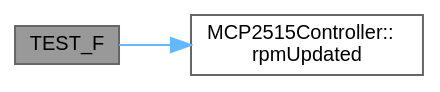
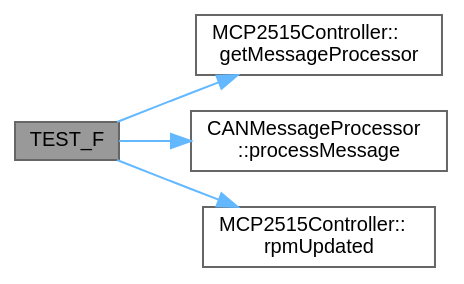
The diagram in docs/test__MCP2515Controller_8cpp_a7379d3bb55019313ec7dd8a03c4802b2_cgraph.dot (SEAME-pt/2024-2025-HotWheels), drawn with Graphviz before and after one commit. The commit also changed 223 other files, not shown here.

```diff
--- a/docs/test__MCP2515Controller_8cpp_a7379d3bb55019313ec7dd8a03c4802b2_cgraph.dot
+++ b/docs/test__MCP2515Controller_8cpp_a7379d3bb55019313ec7dd8a03c4802b2_cgraph.dot
@@ -1,11 +1,15 @@
 digraph "TEST_F"
 {
  // LATEX_PDF_SIZE
   bgcolor="transparent";
   edge [fontname=Helvetica,fontsize=10,labelfontname=Helvetica,labelfontsize=10];
   node [fontname=Helvetica,fontsize=10,shape=box,height=0.2,width=0.4];
   rankdir="LR";
   Node1 [id="Node000001",label="TEST_F",height=0.2,width=0.4,color="gray40", fillcolor="grey60", style="filled", fontcolor="black",tooltip=" "];
   Node1 -> Node2 [id="edge1_Node000001_Node000002",color="steelblue1",style="solid",tooltip=" "];
-  Node2 [id="Node000002",label="MCP2515Controller::\lrpmUpdated",height=0.2,width=0.4,color="grey40", fillcolor="white", style="filled",URL="$classMCP2515Controller.html#a253b26fd7dfda688692c054b7fe2cd00",tooltip=" "];
+  Node2 [id="Node000002",label="MCP2515Controller::\lgetMessageProcessor",height=0.2,width=0.4,color="grey40", fillcolor="white", style="filled",URL="$classMCP2515Controller.html#aad7d694dacc31d44a3ed225d597f25dd",tooltip=" "];
+  Node1 -> Node3 [id="edge2_Node000001_Node000003",color="steelblue1",style="solid",tooltip=" "];
+  Node3 [id="Node000003",label="CANMessageProcessor\l::processMessage",height=0.2,width=0.4,color="grey40", fillcolor="white", style="filled",URL="$classCANMessageProcessor.html#aa539cf227ee7367ba1f498288b8bc102",tooltip=" "];
+  Node1 -> Node4 [id="edge3_Node000001_Node000004",color="steelblue1",style="solid",tooltip=" "];
+  Node4 [id="Node000004",label="MCP2515Controller::\lrpmUpdated",height=0.2,width=0.4,color="grey40", fillcolor="white", style="filled",URL="$classMCP2515Controller.html#a253b26fd7dfda688692c054b7fe2cd00",tooltip=" "];
 }
```
